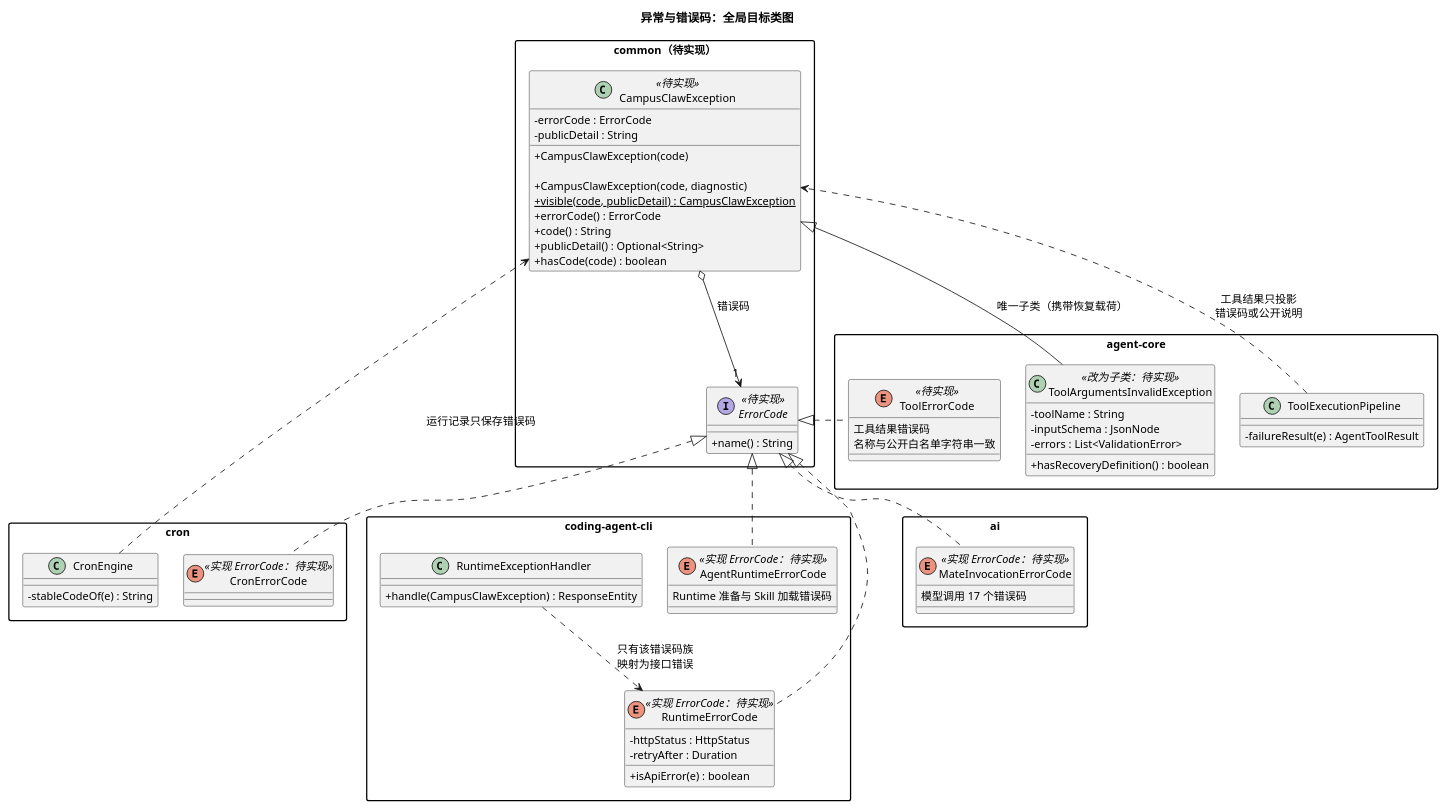
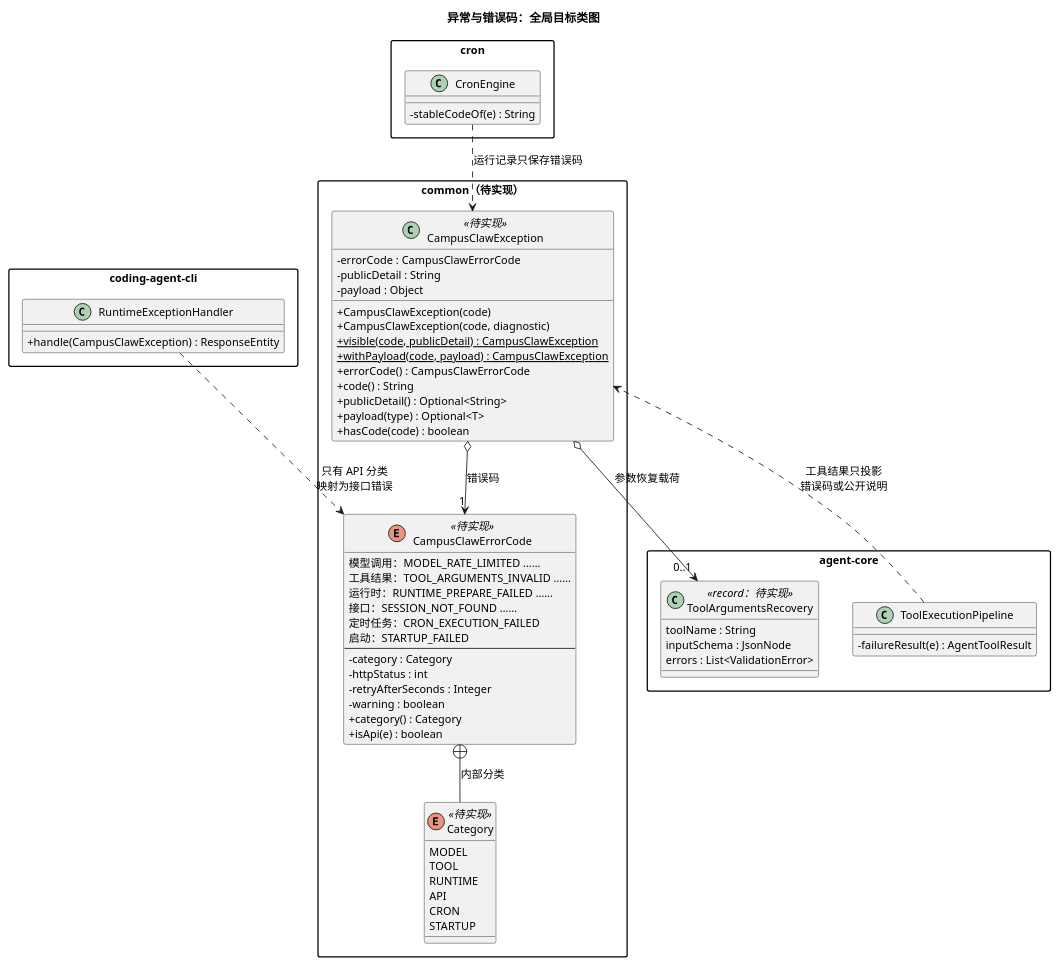
The second of 2 diagrams in 01-总体架构/09-CampusClaw异常与错误码/diagram.puml (ssm0808/pi-mono-java-design), drawn with PlantUML before and after one commit. The commit also changed other lines of this file and 7 other files, not shown here.

First line of the commit message:
docs(exception): 只保留一个异常类，错误码集中到 CampusClawErrorCode

```diff
--- a/01-总体架构/09-CampusClaw异常与错误码/diagram.puml
+++ b/01-总体架构/09-CampusClaw异常与错误码/diagram.puml
@@ -65,86 +30,84 @@
 @startuml exception_architecture
 ' Java 基线：455445a4db136a58381f866e073a82d1f16ff1f1；2026-10-15 拉取 main。
 ' 源码：modules/agent-core/src/main/java/com/campusclaw/agent/error/StableErrorCode.java（待删除）。
 ' 源码：modules/coding-agent-cli/src/main/java/com/campusclaw/codingagent/runtimeapi/error/RuntimeApiException.java（待删除）。
-' 目标：待实现；一个只带错误码的根异常（无 cause、无堆栈）、按模块的错误码枚举、唯一保留的载荷子类和三个投影入口。
-' 依赖方向：common <- ai <- agent-core <- cron <- coding-agent-cli，根异常和接口放在 common。
+' 目标：待实现；一个只带错误码的异常类（无 cause、无堆栈、无子类）、一个错误码枚举和三个投影入口。
+' 依赖方向：common <- ai <- agent-core <- cron <- coding-agent-cli，异常类和错误码枚举都放在 common。
 title 异常与错误码：全局目标类图
 skinparam backgroundColor white
 skinparam defaultFontSize 13
 skinparam classAttributeIconSize 0
 skinparam packageStyle rectangle
-skinparam nodesep 30
-skinparam ranksep 45
+skinparam nodesep 40
+skinparam ranksep 50
 
 package "common（待实现）" as CommonPkg {
-  interface ErrorCode <<待实现>> {
-    + name() : String
-  }
   class CampusClawException <<待实现>> {
-    - errorCode : ErrorCode
+    - errorCode : CampusClawErrorCode
     - publicDetail : String
+    - payload : Object
     + CampusClawException(code)
-
     + CampusClawException(code, diagnostic)
     + {static} visible(code, publicDetail) : CampusClawException
-    + errorCode() : ErrorCode
+    + {static} withPayload(code, payload) : CampusClawException
+    + errorCode() : CampusClawErrorCode
     + code() : String
     + publicDetail() : Optional<String>
+    + payload(type) : Optional<T>
     + hasCode(code) : boolean
   }
-}
-
-package "ai" as AiPkg {
-  enum MateInvocationErrorCode <<实现 ErrorCode：待实现>> {
-    模型调用 17 个错误码
+  enum CampusClawErrorCode <<待实现>> {
+    模型调用：MODEL_RATE_LIMITED ……
+    工具结果：TOOL_ARGUMENTS_INVALID ……
+    运行时：RUNTIME_PREPARE_FAILED ……
+    接口：SESSION_NOT_FOUND ……
+    定时任务：CRON_EXECUTION_FAILED
+    启动：STARTUP_FAILED
+    --
+    - category : Category
+    - httpStatus : int
+    - retryAfterSeconds : Integer
+    - warning : boolean
+    + category() : Category
+    + isApi(e) : boolean
+  }
+  enum Category <<待实现>> {
+    MODEL
+    TOOL
+    RUNTIME
+    API
+    CRON
+    STARTUP
   }
 }
 
 package "agent-core" as CorePkg {
-  enum ToolErrorCode <<待实现>> {
-    工具结果错误码
-    名称与公开白名单字符串一致
-  }
-  class ToolArgumentsInvalidException <<改为子类：待实现>> {
-    - toolName : String
-    - inputSchema : JsonNode
-    - errors : List<ValidationError>
-    + hasRecoveryDefinition() : boolean
+  class ToolArgumentsRecovery <<record：待实现>> {
+    toolName : String
+    inputSchema : JsonNode
+    errors : List<ValidationError>
   }
   class ToolExecutionPipeline {
     - failureResult(e) : AgentToolResult
   }
 }
 
 package "cron" as CronPkg {
-  enum CronErrorCode <<实现 ErrorCode：待实现>>
   class CronEngine {
     - stableCodeOf(e) : String
   }
 }
 
 package "coding-agent-cli" as CliPkg {
-  enum AgentRuntimeErrorCode <<实现 ErrorCode：待实现>> {
-    Runtime 准备与 Skill 加载错误码
-  }
-  enum RuntimeErrorCode <<实现 ErrorCode：待实现>> {
-    - httpStatus : HttpStatus
-    - retryAfter : Duration
-    + isApiError(e) : boolean
-  }
   class RuntimeExceptionHandler {
     + handle(CampusClawException) : ResponseEntity
   }
 }
 
-ErrorCode <|.. MateInvocationErrorCode
-ErrorCode <|.. ToolErrorCode
-ErrorCode <|.. CronErrorCode
-ErrorCode <|.. AgentRuntimeErrorCode
-ErrorCode <|.. RuntimeErrorCode
-CampusClawException o--> "1" ErrorCode : 错误码
-CampusClawException <|-- ToolArgumentsInvalidException : 唯一子类（携带恢复载荷）
+CampusClawException o--> "1" CampusClawErrorCode : 错误码
+CampusClawErrorCode +-- Category : 内部分类
+CampusClawException o--> "0..1" ToolArgumentsRecovery : 参数恢复载荷
 ToolExecutionPipeline ..> CampusClawException : 工具结果只投影\n错误码或公开说明
 CronEngine ..> CampusClawException : 运行记录只保存错误码
-RuntimeExceptionHandler ..> RuntimeErrorCode : 只有该错误码族\n映射为接口错误
+RuntimeExceptionHandler ..> CampusClawErrorCode : 只有 API 分类\n映射为接口错误
 @enduml
```
